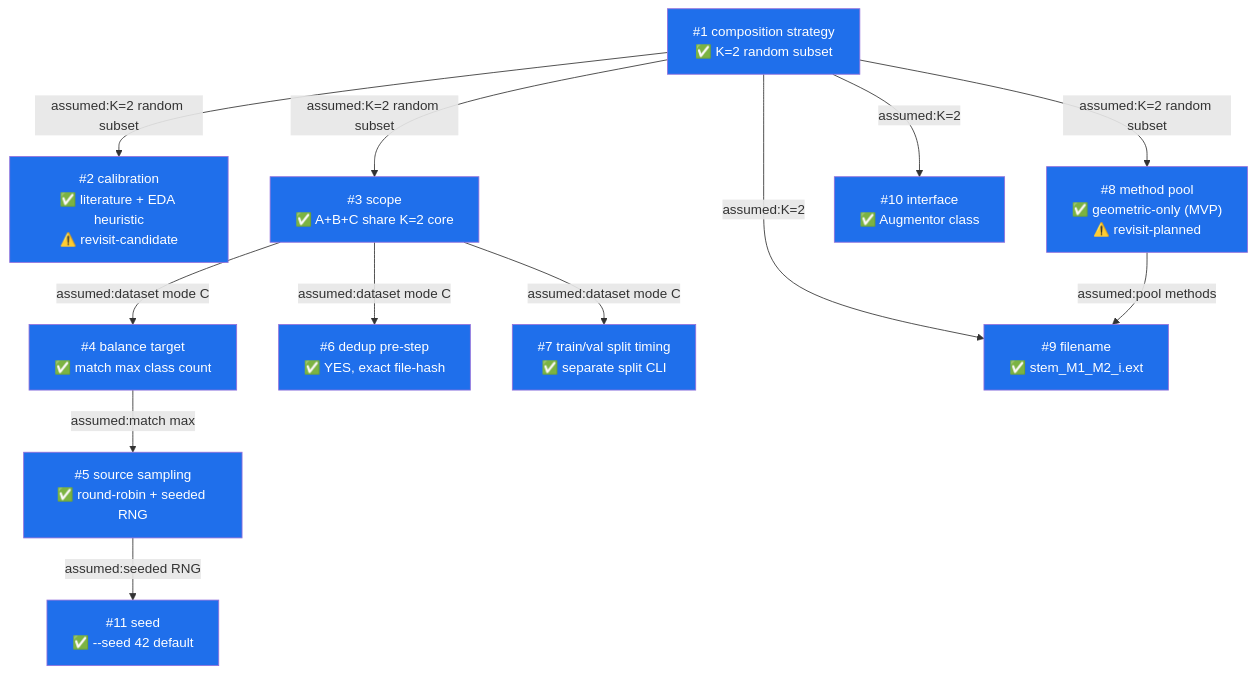
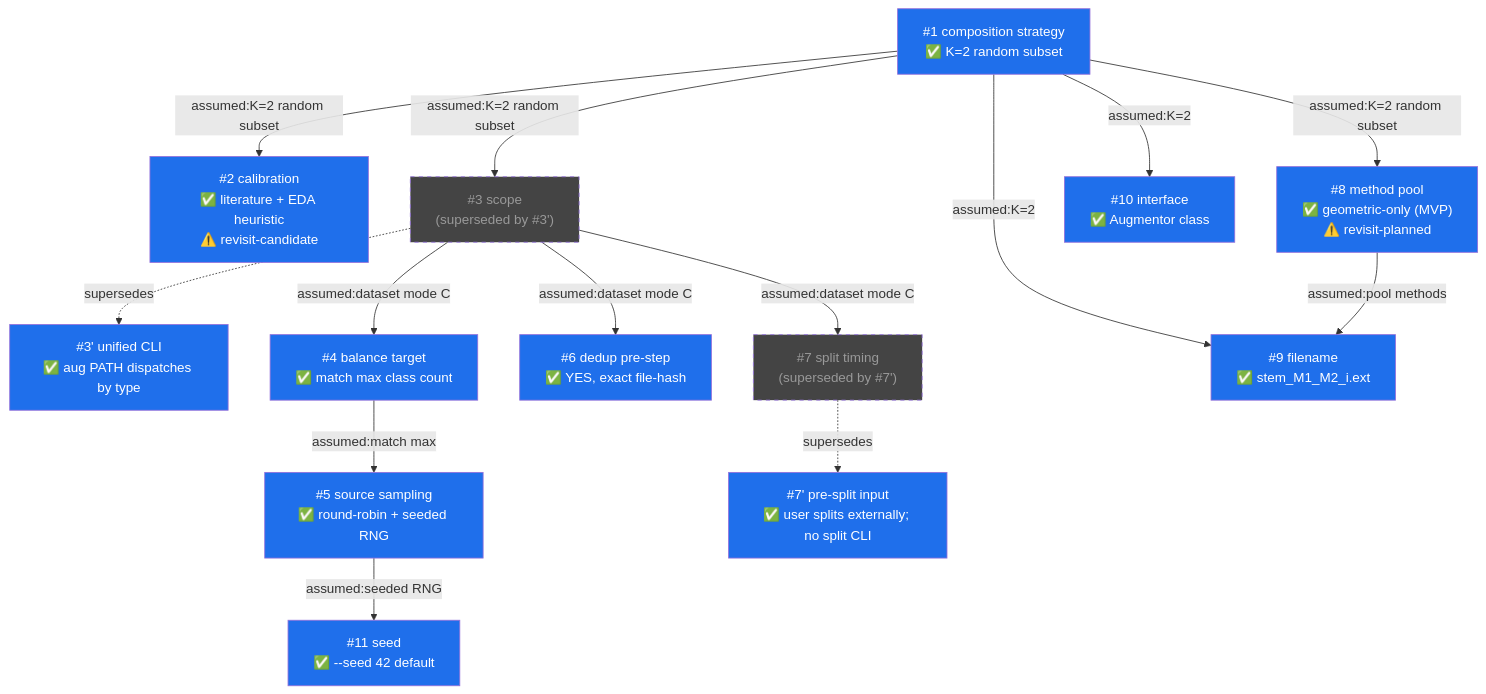
Before and after one commit to Recursive-Descenders/Leaffliction: the diagram in docs/decision-graph.md, drawn with Mermaid. The commit also changed other lines of this file and 8 other files, not shown here.

````diff
--- a/docs/decision-graph.md
+++ b/docs/decision-graph.md
@@ -149,28 +154,32 @@
 ```mermaid
 graph TD
   N1["#1 composition strategy<br/>✅ K=2 random subset"]:::active
   N2["#2 calibration<br/>✅ literature + EDA heuristic<br/>⚠️ revisit-candidate"]:::active
-  N3["#3 scope<br/>✅ A+B+C share K=2 core"]:::active
+  N3["#3 scope<br/>(superseded by #3')"]:::stale
+  N3p["#3' unified CLI<br/>✅ aug PATH dispatches by type"]:::active
   N4["#4 balance target<br/>✅ match max class count"]:::active
   N5["#5 source sampling<br/>✅ round-robin + seeded RNG"]:::active
   N6["#6 dedup pre-step<br/>✅ YES, exact file-hash"]:::active
-  N7["#7 train/val split timing<br/>✅ separate split CLI"]:::active
+  N7["#7 split timing<br/>(superseded by #7')"]:::stale
+  N7p["#7' pre-split input<br/>✅ user splits externally; no split CLI"]:::active
   N8["#8 method pool<br/>✅ geometric-only (MVP)<br/>⚠️ revisit-planned"]:::active
   N9["#9 filename<br/>✅ stem_M1_M2_i.ext"]:::active
   N10["#10 interface<br/>✅ Augmentor class"]:::active
   N11["#11 seed<br/>✅ --seed 42 default"]:::active
   N1 -->|"assumed:K=2 random subset"| N2
   N1 -->|"assumed:K=2 random subset"| N3
+  N3 -.supersedes.-> N3p
   N3 -->|"assumed:dataset mode C"| N4
   N4 -->|"assumed:match max"| N5
   N3 -->|"assumed:dataset mode C"| N6
   N3 -->|"assumed:dataset mode C"| N7
+  N7 -.supersedes.-> N7p
   N1 -->|"assumed:K=2 random subset"| N8
   N1 -->|"assumed:K=2"| N9
   N8 -->|"assumed:pool methods"| N9
   N1 -->|"assumed:K=2"| N10
   N5 -->|"assumed:seeded RNG"| N11
   classDef active fill:#1f6feb,color:#fff
   classDef stale fill:#444,color:#999,stroke-dasharray:5
   classDef graduated stroke:#f0b429,stroke-width:3px
 ```
````
